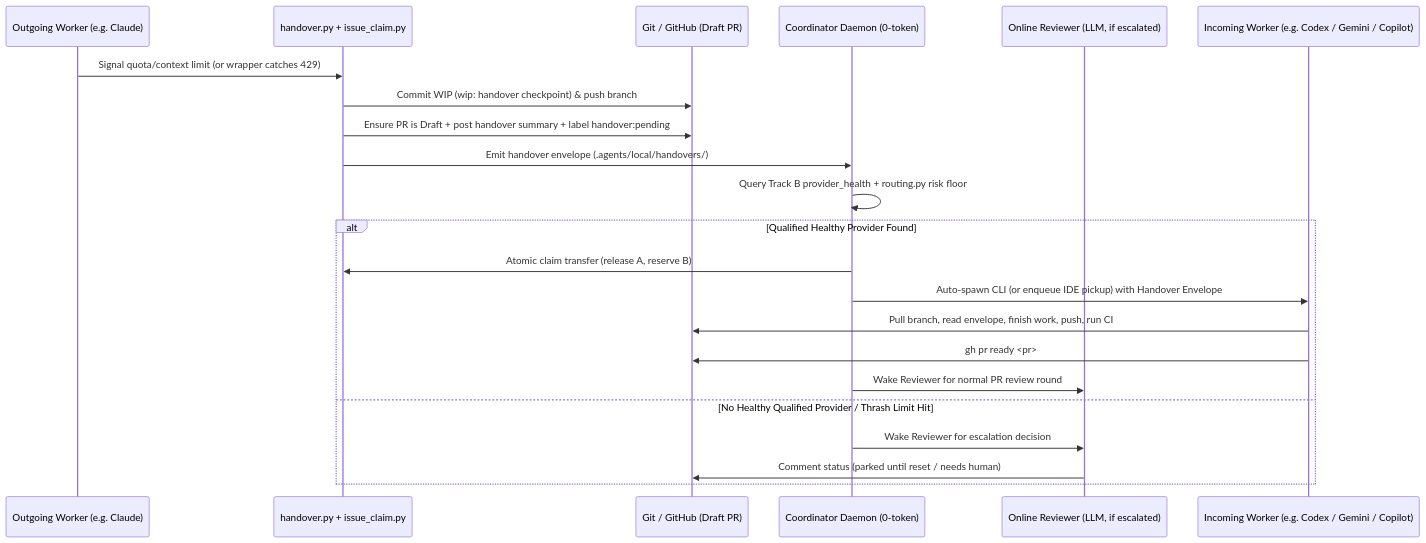
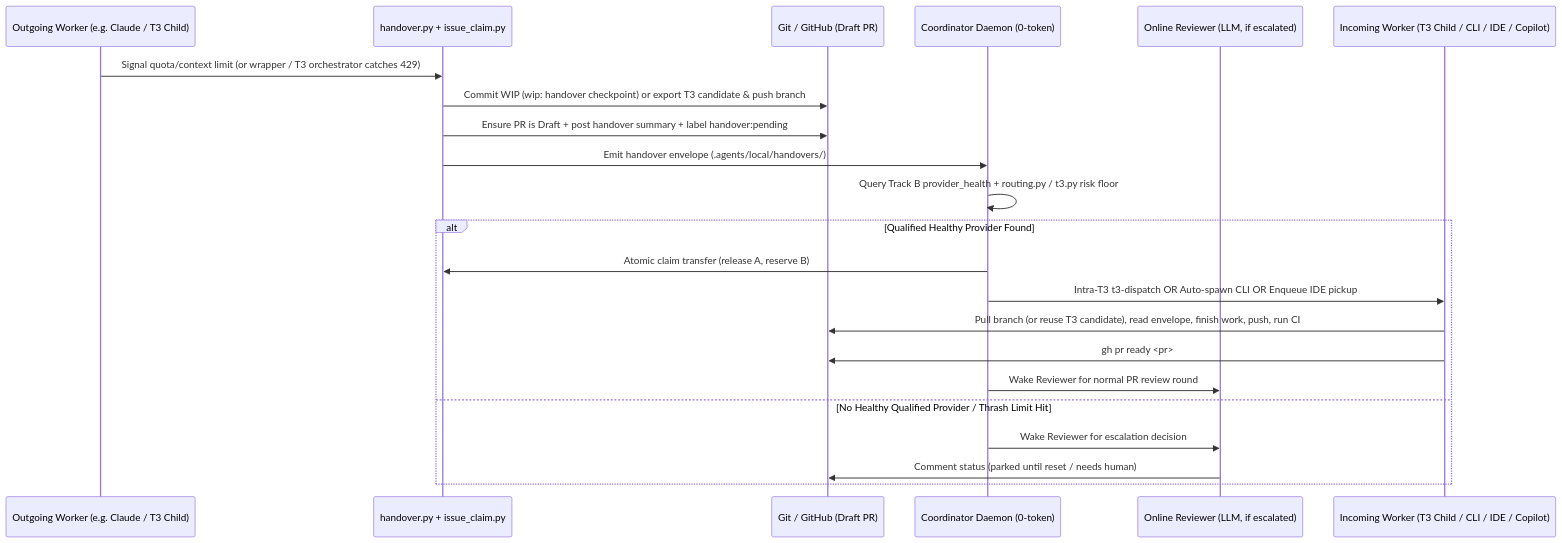
Before and after one commit to gurkanindibay/ai-powered-engineering: the second of 3 diagrams in apps/development-time/SitePulse/docs/engineering-process/token-aware-harness-and-handover-analysis.md, drawn with Mermaid. The commit also changed other lines of this file, not shown here.

First line of the commit message:
docs(harness): integrate T3 Code into token-aware routing, handover, and tracker design (#543)

````diff
--- a/apps/development-time/SitePulse/docs/engineering-process/token-aware-harness-and-handover-analysis.md
+++ b/apps/development-time/SitePulse/docs/engineering-process/token-aware-harness-and-handover-analysis.md
@@ -213,25 +237,25 @@
 ```mermaid
 sequenceDiagram
-    participant A as Outgoing Worker (e.g. Claude)
+    participant A as Outgoing Worker (e.g. Claude / T3 Child)
     participant H as handover.py + issue_claim.py
     participant G as Git / GitHub (Draft PR)
     participant C as Coordinator Daemon (0-token)
     participant R as Online Reviewer (LLM, if escalated)
-    participant B as Incoming Worker (e.g. Codex / Gemini / Copilot)
+    participant B as Incoming Worker (T3 Child / CLI / IDE / Copilot)
 
-    A->>H: Signal quota/context limit (or wrapper catches 429)
-    H->>G: Commit WIP (wip: handover checkpoint) & push branch
+    A->>H: Signal quota/context limit (or wrapper / T3 orchestrator catches 429)
+    H->>G: Commit WIP (wip: handover checkpoint) or export T3 candidate & push branch
     H->>G: Ensure PR is Draft + post handover summary + label handover:pending
     H->>C: Emit handover envelope (.agents/local/handovers/)
-    C->>C: Query Track B provider_health + routing.py risk floor
+    C->>C: Query Track B provider_health + routing.py / t3.py risk floor
     alt Qualified Healthy Provider Found
         C->>H: Atomic claim transfer (release A, reserve B)
-        C->>B: Auto-spawn CLI (or enqueue IDE pickup) with Handover Envelope
-        B->>G: Pull branch, read envelope, finish work, push, run CI
+        C->>B: Intra-T3 t3-dispatch OR Auto-spawn CLI OR Enqueue IDE pickup
+        B->>G: Pull branch (or reuse T3 candidate), read envelope, finish work, push, run CI
         B->>G: gh pr ready <pr>
         C->>R: Wake Reviewer for normal PR review round
     else No Healthy Qualified Provider / Thrash Limit Hit
         C->>R: Wake Reviewer for escalation decision
         R->>G: Comment status (parked until reset / needs human)
     end
 ```
````
